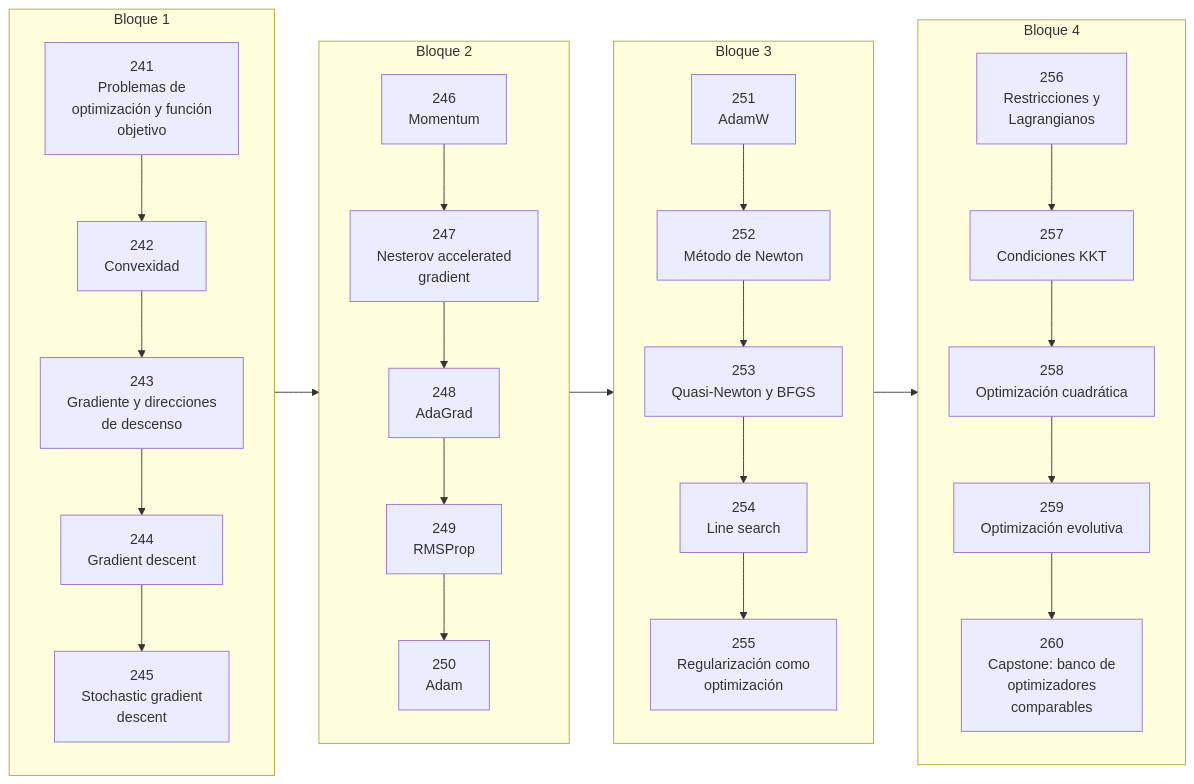
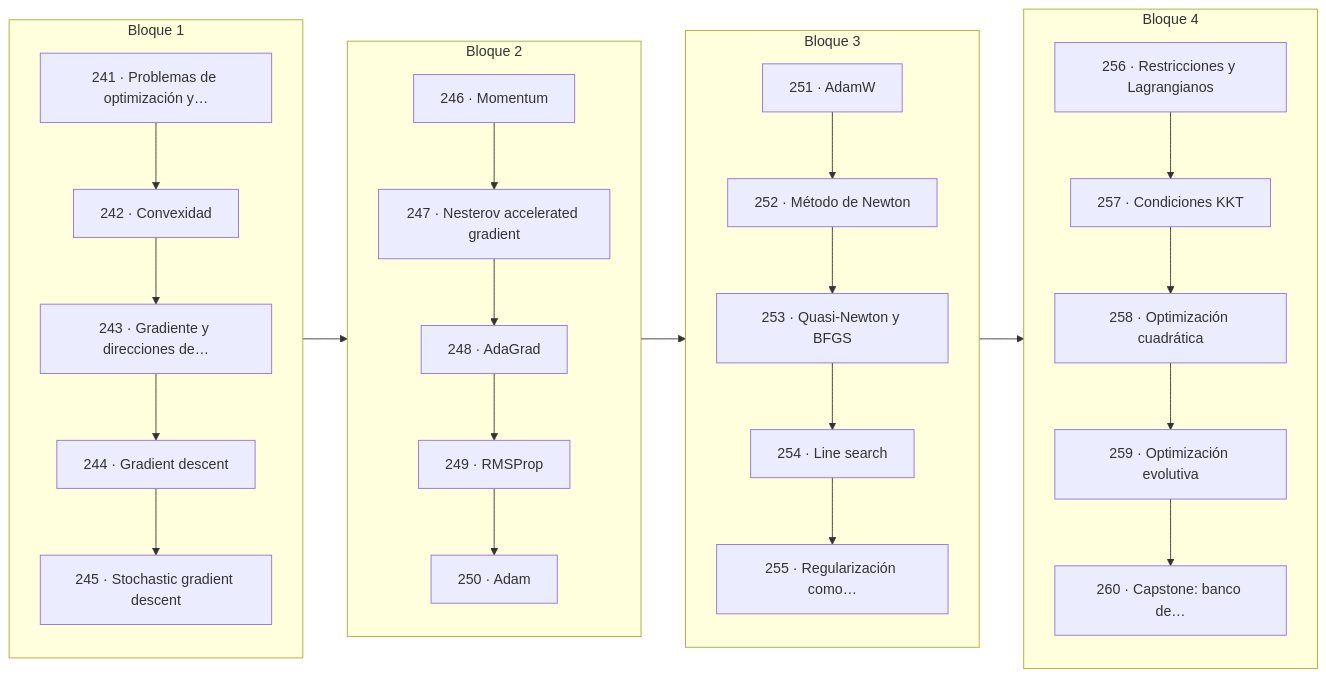
Before and after one commit to vladimiracunadev-create/computational-mathematics-program: the diagram in classes/part-12-optimizacion-matematica-y-computacional/README.md, drawn with Mermaid. The commit also changed 389 other files, not shown here.

First line of the commit message:
fix(diagramas): elimina el HTML de las etiquetas Mermaid

````diff
--- a/classes/part-12-optimizacion-matematica-y-computacional/README.md
+++ b/classes/part-12-optimizacion-matematica-y-computacional/README.md
@@ -34,54 +34,54 @@
 ```mermaid
 flowchart LR
     subgraph B1["Bloque 1"]
         direction TB
-        L241["241<br/>Problemas de<br/>optimización y función<br/>objetivo"]
-        L242["242<br/>Convexidad"]
-        L243["243<br/>Gradiente y direcciones<br/>de descenso"]
-        L244["244<br/>Gradient descent"]
-        L245["245<br/>Stochastic gradient<br/>descent"]
+        L241["241 · Problemas de optimización y…"]
+        L242["242 · Convexidad"]
+        L243["243 · Gradiente y direcciones de…"]
+        L244["244 · Gradient descent"]
+        L245["245 · Stochastic gradient descent"]
         L241 --> L242
         L242 --> L243
         L243 --> L244
         L244 --> L245
     end
     subgraph B2["Bloque 2"]
         direction TB
-        L246["246<br/>Momentum"]
-        L247["247<br/>Nesterov accelerated<br/>gradient"]
-        L248["248<br/>AdaGrad"]
-        L249["249<br/>RMSProp"]
-        L250["250<br/>Adam"]
+        L246["246 · Momentum"]
+        L247["247 · Nesterov accelerated gradient"]
+        L248["248 · AdaGrad"]
+        L249["249 · RMSProp"]
+        L250["250 · Adam"]
         L246 --> L247
         L247 --> L248
         L248 --> L249
         L249 --> L250
     end
     subgraph B3["Bloque 3"]
         direction TB
-        L251["251<br/>AdamW"]
-        L252["252<br/>Método de Newton"]
-        L253["253<br/>Quasi-Newton y BFGS"]
-        L254["254<br/>Line search"]
-        L255["255<br/>Regularización como<br/>optimización"]
+        L251["251 · AdamW"]
+        L252["252 · Método de Newton"]
+        L253["253 · Quasi-Newton y BFGS"]
+        L254["254 · Line search"]
+        L255["255 · Regularización como…"]
         L251 --> L252
         L252 --> L253
         L253 --> L254
         L254 --> L255
     end
     subgraph B4["Bloque 4"]
         direction TB
-        L256["256<br/>Restricciones y<br/>Lagrangianos"]
-        L257["257<br/>Condiciones KKT"]
-        L258["258<br/>Optimización cuadrática"]
-        L259["259<br/>Optimización evolutiva"]
-        L260["260<br/>Capstone: banco de<br/>optimizadores<br/>comparables"]
+        L256["256 · Restricciones y Lagrangianos"]
+        L257["257 · Condiciones KKT"]
+        L258["258 · Optimización cuadrática"]
+        L259["259 · Optimización evolutiva"]
+        L260["260 · Capstone: banco de…"]
         L256 --> L257
         L257 --> L258
         L258 --> L259
         L259 --> L260
     end
     L245 --> L246
     L250 --> L251
     L255 --> L256
 ```
````
